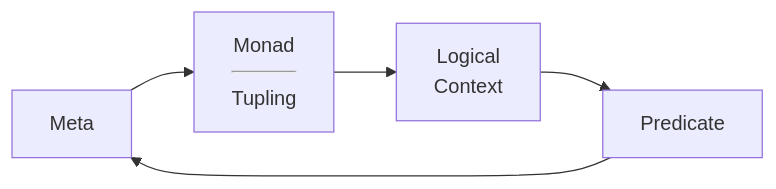
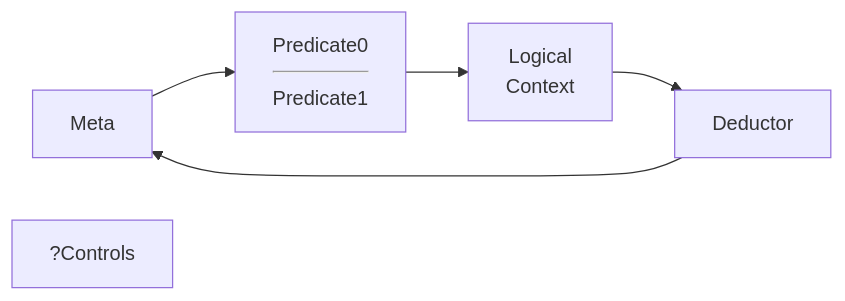
The second of 3 diagrams in schema-as-meta.md (askirmas/askirmas.github.io), drawn with Mermaid before and after one commit. The commit also changed other lines of this file and 1 other file, not shown here.

````diff
--- a/schema-as-meta.md
+++ b/schema-as-meta.md
@@ -76,12 +76,13 @@
 ```mermaid
 graph LR
 Meta
-Monad[Monad<hr/>Tupling]
+Predicate0[Predicate0<hr/>Predicate1]
 Logical[Logical<br/>Context]
 
-Meta --> Monad
-Monad --> Logical
-Logical --> Predicate
-Predicate --> Meta
+Meta --> Predicate0
+Predicate0 --> Logical
+Logical --> Deductor
+Deductor --> Meta
 
+?Controls
 ```
````
